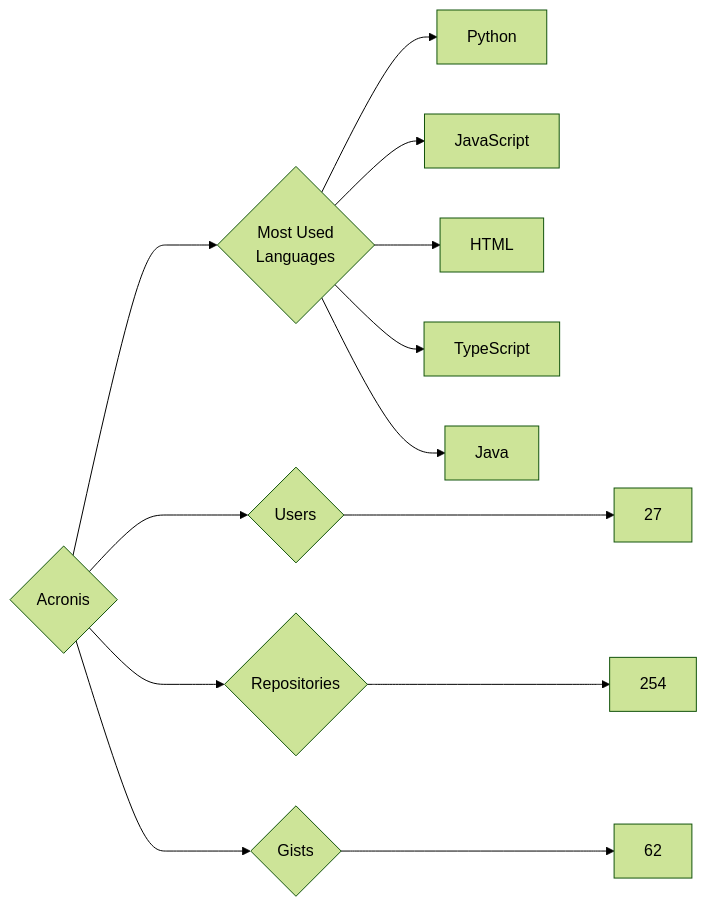
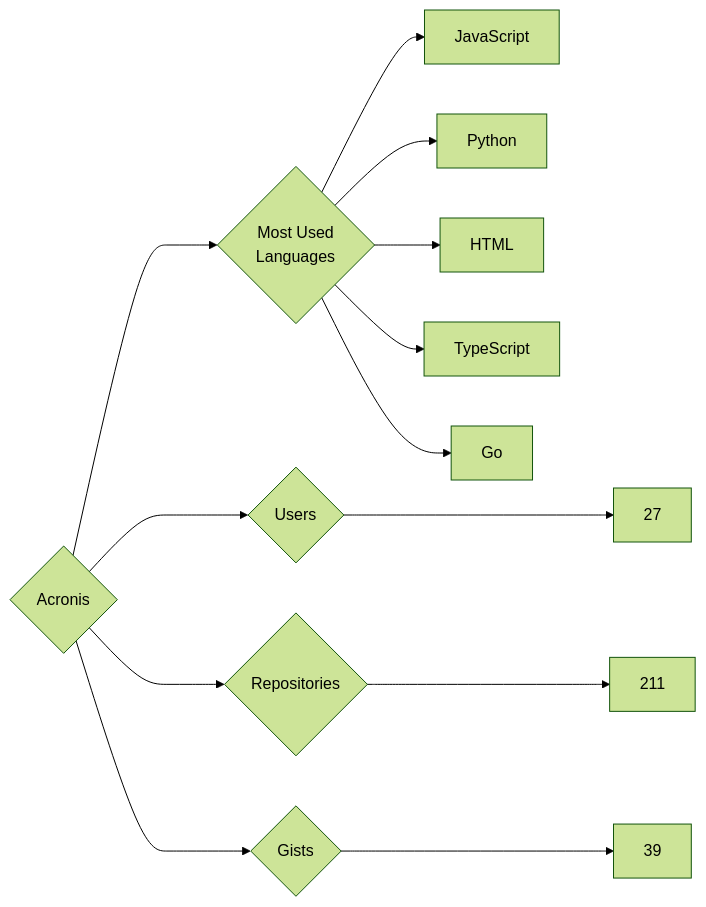
Before and after one commit to trickest/insiders: the diagram in targets/Acronis/README.md, drawn with Mermaid (forest theme). The commit also changed 723 other files, not shown here.

````diff
--- a/targets/Acronis/README.md
+++ b/targets/Acronis/README.md
@@ -3,13 +3,13 @@
 ```mermaid
 graph LR
 COMPANY_NAME{Acronis}
 COMPANY_NAME ---> U{Users} ---> UN[27]
-COMPANY_NAME ---> R{Repositories} ---> RN[254]
-COMPANY_NAME ---> G{Gists} ---> GN[62]
+COMPANY_NAME ---> R{Repositories} ---> RN[211]
+COMPANY_NAME ---> G{Gists} ---> GN[39]
 COMPANY_NAME ---> ML{Most Used<br>Languages}
+ML --> JavaScript[JavaScript]
 ML --> Python[Python]
-ML --> JavaScript[JavaScript]
 ML --> HTML[HTML]
 ML --> TypeScript[TypeScript]
-ML --> Java[Java]
+ML --> Go[Go]
 ```
````
